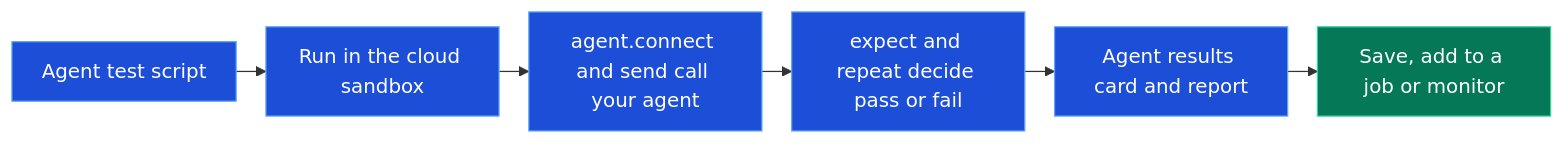
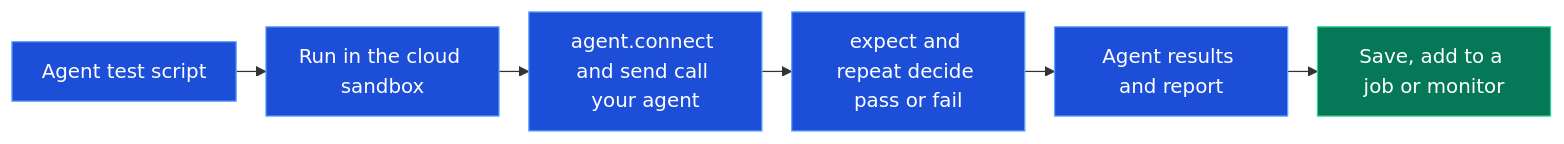
Before and after one commit to supercheck-io/supercheck: the diagram in docs/content/docs/app/automate/agent-test.mdx, drawn with Mermaid. The commit also changed other lines of this file and 84 other files, not shown here.

````diff
--- a/docs/content/docs/app/automate/agent-test.mdx
+++ b/docs/content/docs/app/automate/agent-test.mdx
@@ -30,14 +32,14 @@
 ```mermaid
 %%{init: {"flowchart":{"nodeSpacing":20,"rankSpacing":24,"padding":12,"wrappingWidth":140}}}%%
 flowchart LR
     A[Agent test script] --> B[Run in the cloud sandbox]
     B --> C[agent.connect and send call your agent]
     C --> D[expect and repeat decide pass or fail]
-    D --> E[Agent results card and report]
+    D --> E[Agent results and report]
     E --> F[Save, add to a job or monitor]
 
     classDef action fill:#1d4ed8,stroke:#60a5fa,color:#fff
     classDef complete fill:#047857,stroke:#34d399,color:#fff
     class A,B,C,D,E action
     class F complete
 ```
````
